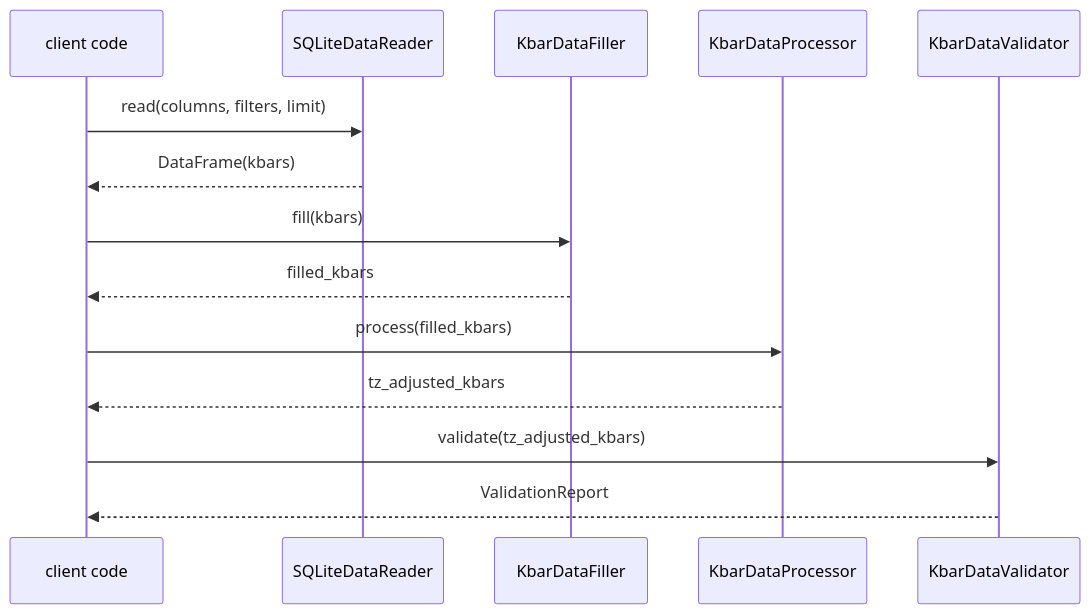
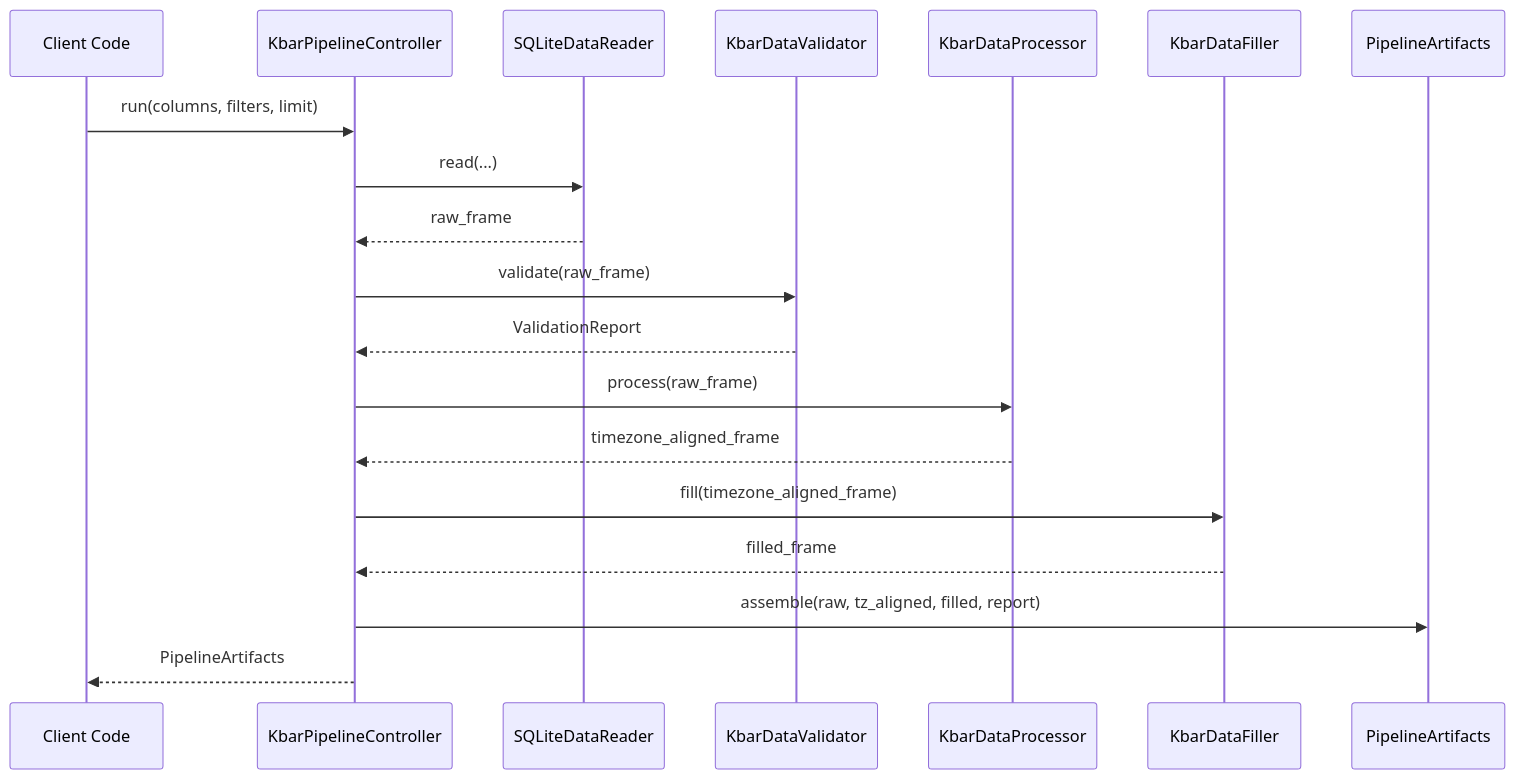
The diagram in 序列圖.md (wu02067602/back_test_to_stock), drawn with Mermaid before and after one commit. The commit also changed 3 other files, not shown here.

Commit message:
feat: Add KbarPipelineController to orchestrate data processing

````diff
--- a/序列圖.md
+++ b/序列圖.md
@@ -3,17 +3,22 @@
 ```mermaid
 sequenceDiagram
-    participant App as client code
+    participant Client as Client Code
+    participant Controller as KbarPipelineController
     participant Reader as SQLiteDataReader
+    participant Validator as KbarDataValidator
+    participant Processor as KbarDataProcessor
     participant Filler as KbarDataFiller
-    participant Processor as KbarDataProcessor
-    participant Validator as KbarDataValidator
+    participant Artifacts as PipelineArtifacts
 
-    App->>Reader: read(columns, filters, limit)
-    Reader-->>App: DataFrame(kbars)
-    App->>Filler: fill(kbars)
-    Filler-->>App: filled_kbars
-    App->>Processor: process(filled_kbars)
-    Processor-->>App: tz_adjusted_kbars
-    App->>Validator: validate(tz_adjusted_kbars)
-    Validator-->>App: ValidationReport
+    Client->>Controller: run(columns, filters, limit)
+    Controller->>Reader: read(...)
+    Reader-->>Controller: raw_frame
+    Controller->>Validator: validate(raw_frame)
+    Validator-->>Controller: ValidationReport
+    Controller->>Processor: process(raw_frame)
+    Processor-->>Controller: timezone_aligned_frame
+    Controller->>Filler: fill(timezone_aligned_frame)
+    Filler-->>Controller: filled_frame
+    Controller->>Artifacts: assemble(raw, tz_aligned, filled, report)
+    Controller-->>Client: PipelineArtifacts
 ```
````
